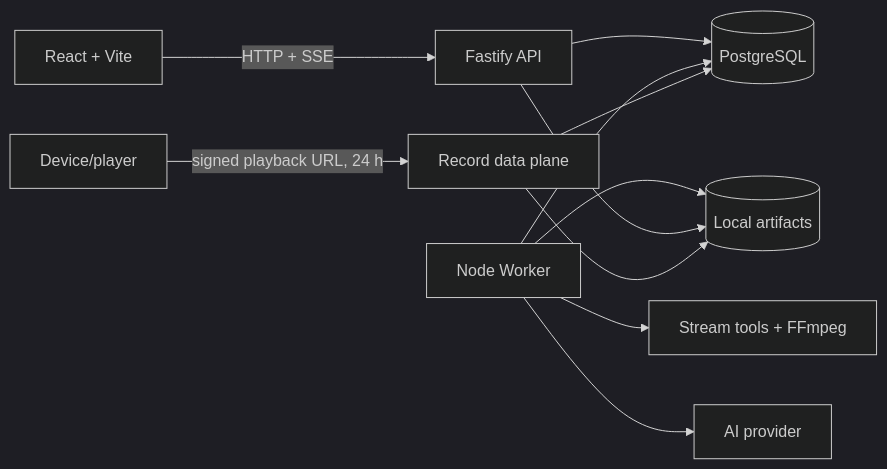
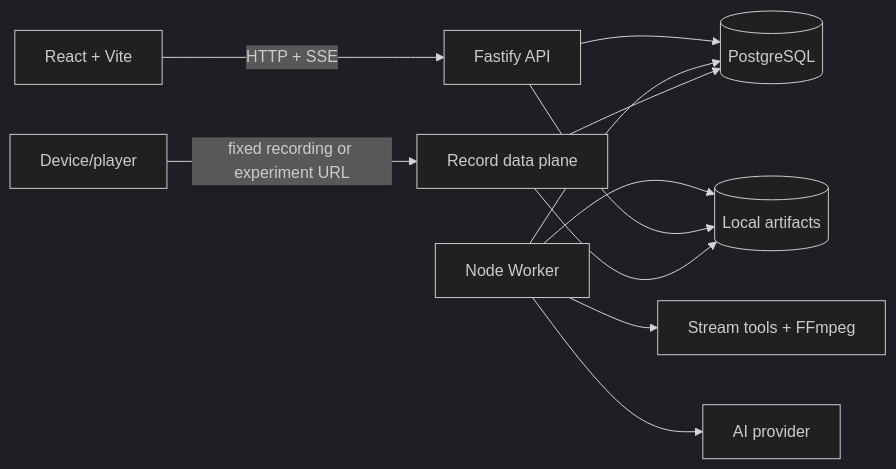
The first of 5 diagrams in docs/architecture/README.md (gugaio/videoharness), drawn with Mermaid (dark theme) before and after one commit. The commit also changed other lines of this file and 63 other files, not shown here.

````diff
--- a/docs/architecture/README.md
+++ b/docs/architecture/README.md
@@ -10,13 +10,13 @@
 ```mermaid
 flowchart LR
     Browser[React + Vite] -->|HTTP + SSE| API[Fastify API]
     API --> DB[(PostgreSQL)]
     Worker[Node Worker] --> DB
     Worker --> Tools[Stream tools + FFmpeg]
     Worker --> AI[AI provider]
     Worker --> FS[(Local artifacts)]
     API --> FS
-    Device[Device/player] -->|signed playback URL, 24 h| Delivery[Record data plane]
+    Device[Device/player] -->|fixed recording or experiment URL| Delivery[Record data plane]
     Delivery --> FS
     Delivery --> DB
 ```
````
